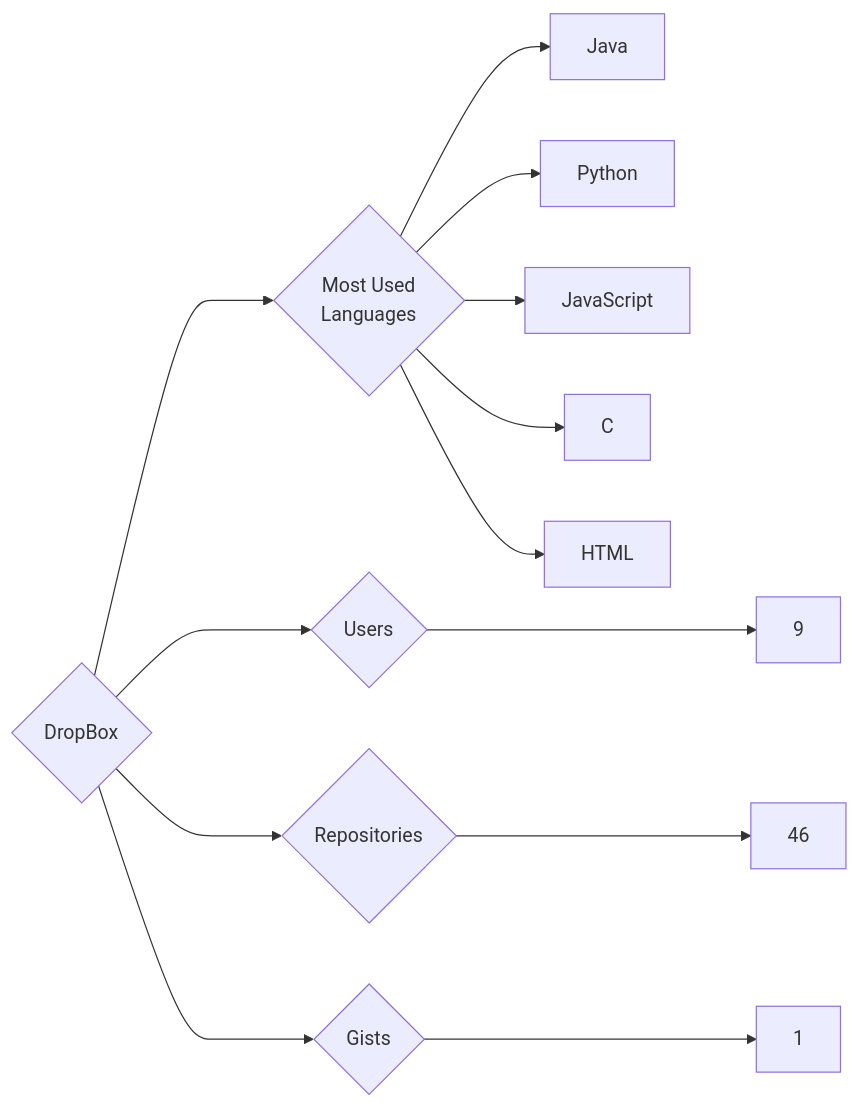
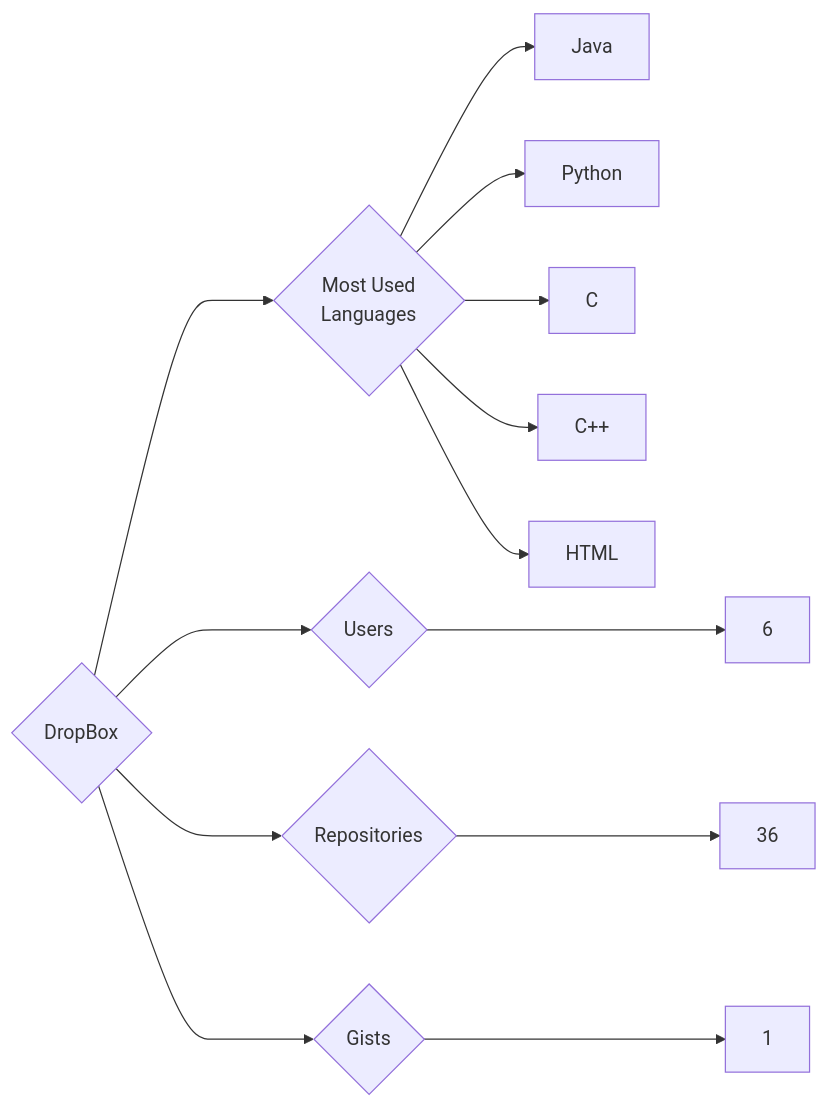
Before and after one commit to trickest/insiders: the diagram in targets/DropBox/README.md, drawn with Mermaid. The commit also changed 815 other files, not shown here.

````diff
--- a/targets/DropBox/README.md
+++ b/targets/DropBox/README.md
@@ -3,13 +3,13 @@
 ```mermaid
 graph LR
 COMPANY_NAME{DropBox}
-COMPANY_NAME ---> U{Users} ---> UN[9]
-COMPANY_NAME ---> R{Repositories} ---> RN[46]
+COMPANY_NAME ---> U{Users} ---> UN[6]
+COMPANY_NAME ---> R{Repositories} ---> RN[36]
 COMPANY_NAME ---> G{Gists} ---> GN[1]
 COMPANY_NAME ---> ML{Most Used<br>Languages}
 ML --> Java[Java]
 ML --> Python[Python]
-ML --> JavaScript[JavaScript]
 ML --> C[C]
+ML --> C++[C++]
 ML --> HTML[HTML]
 ```
````
